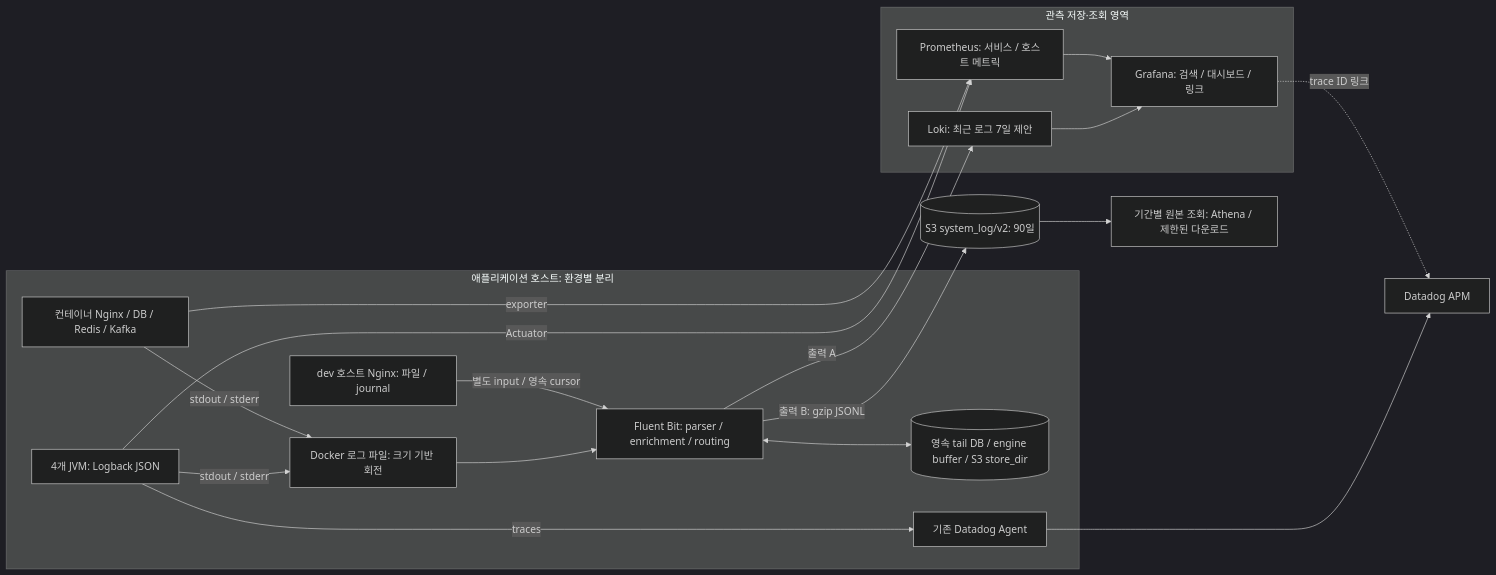
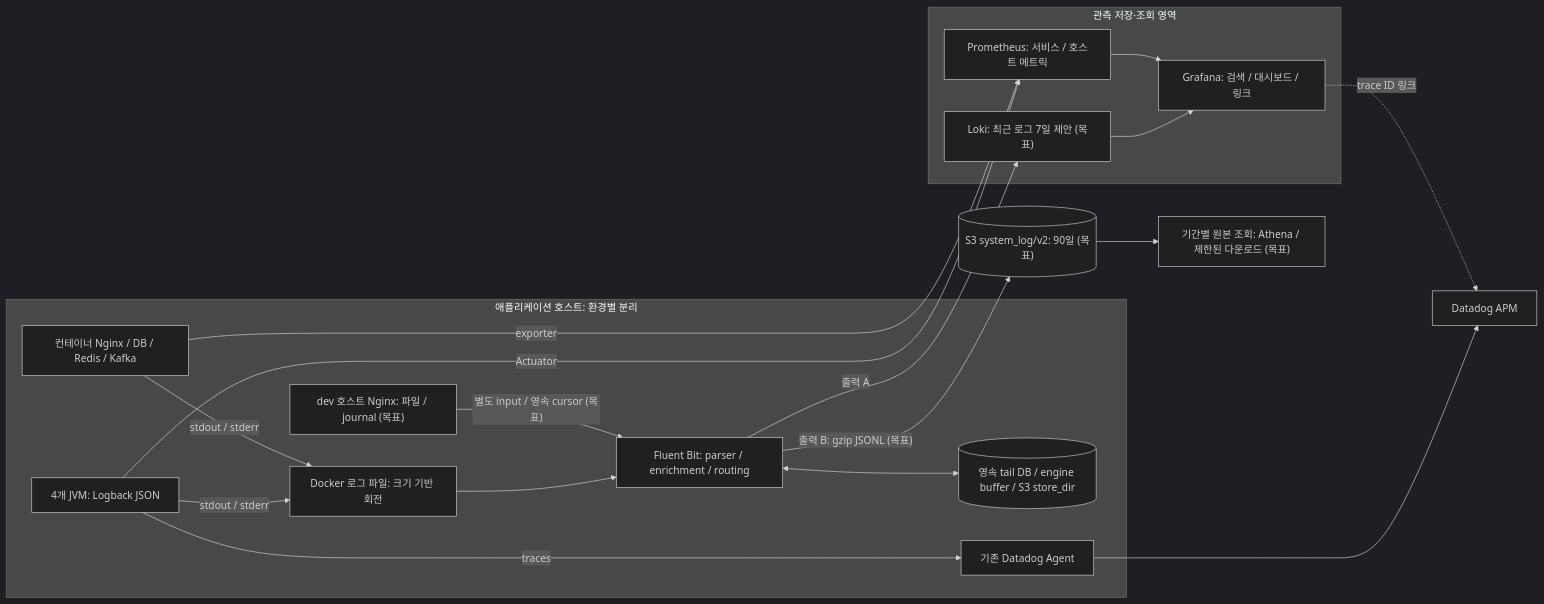
The second of 8 diagrams in docs/architecture/server-log-observability/README.md (OneOrThree/phone), drawn with Mermaid (dark theme) before and after one commit. The commit also changed other lines of this file and 5 other files, not shown here.

Commit message:
[CHORE] GROMO-2580 조사표 §6 판정 문구를 더하고 다이어그램의 미구현 경로에 «(목표)» 라벨을 붙인다

````diff
--- a/docs/architecture/server-log-observability/README.md
+++ b/docs/architecture/server-log-observability/README.md
@@ -85,32 +85,32 @@
 ```mermaid
 flowchart LR
     subgraph HOST[애플리케이션 호스트: 환경별 분리]
         JVM[4개 JVM: Logback JSON]
         INF[컨테이너 Nginx / DB / Redis / Kafka]
-        HNG[dev 호스트 Nginx: 파일 / journal]
+        HNG["dev 호스트 Nginx: 파일 / journal (목표)"]
         DOCKER[Docker 로그 파일: 크기 기반 회전]
         FB[Fluent Bit: parser / enrichment / routing]
         DISK[(영속 tail DB / engine buffer / S3 store_dir)]
         AGENT[기존 Datadog Agent]
         JVM -->|stdout / stderr| DOCKER
         INF -->|stdout / stderr| DOCKER
         DOCKER --> FB
-        HNG -->|별도 input / 영속 cursor| FB
+        HNG -->|"별도 input / 영속 cursor (목표)"| FB
         FB <--> DISK
         JVM -->|traces| AGENT
     end
     subgraph OBS[관측 저장·조회 영역]
-        LK[Loki: 최근 로그 7일 제안]
+        LK["Loki: 최근 로그 7일 제안 (목표)"]
         GF[Grafana: 검색 / 대시보드 / 링크]
         PR[Prometheus: 서비스 / 호스트 메트릭]
         LK --> GF
         PR --> GF
     end
     FB -->|출력 A| LK
-    FB -->|출력 B: gzip JSONL| S3[(S3 system_log/v2: 90일)]
+    FB -->|"출력 B: gzip JSONL (목표)"| S3[("S3 system_log/v2: 90일 (목표)")]
     AGENT --> DD[Datadog APM]
     GF -. trace ID 링크 .-> DD
-    S3 --> ARCH[기간별 원본 조회: Athena / 제한된 다운로드]
+    S3 --> ARCH["기간별 원본 조회: Athena / 제한된 다운로드 (목표)"]
     JVM -->|Actuator| PR
     INF -->|exporter| PR
 ```
````
